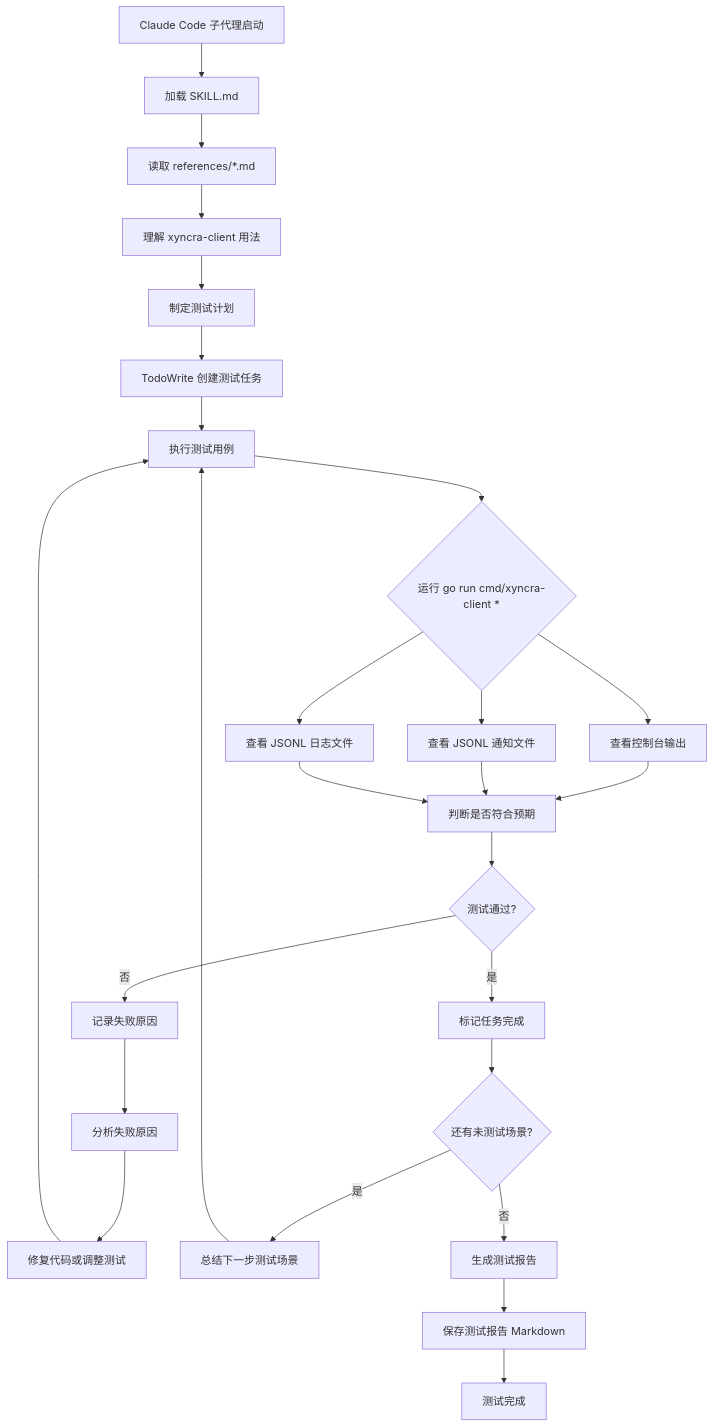
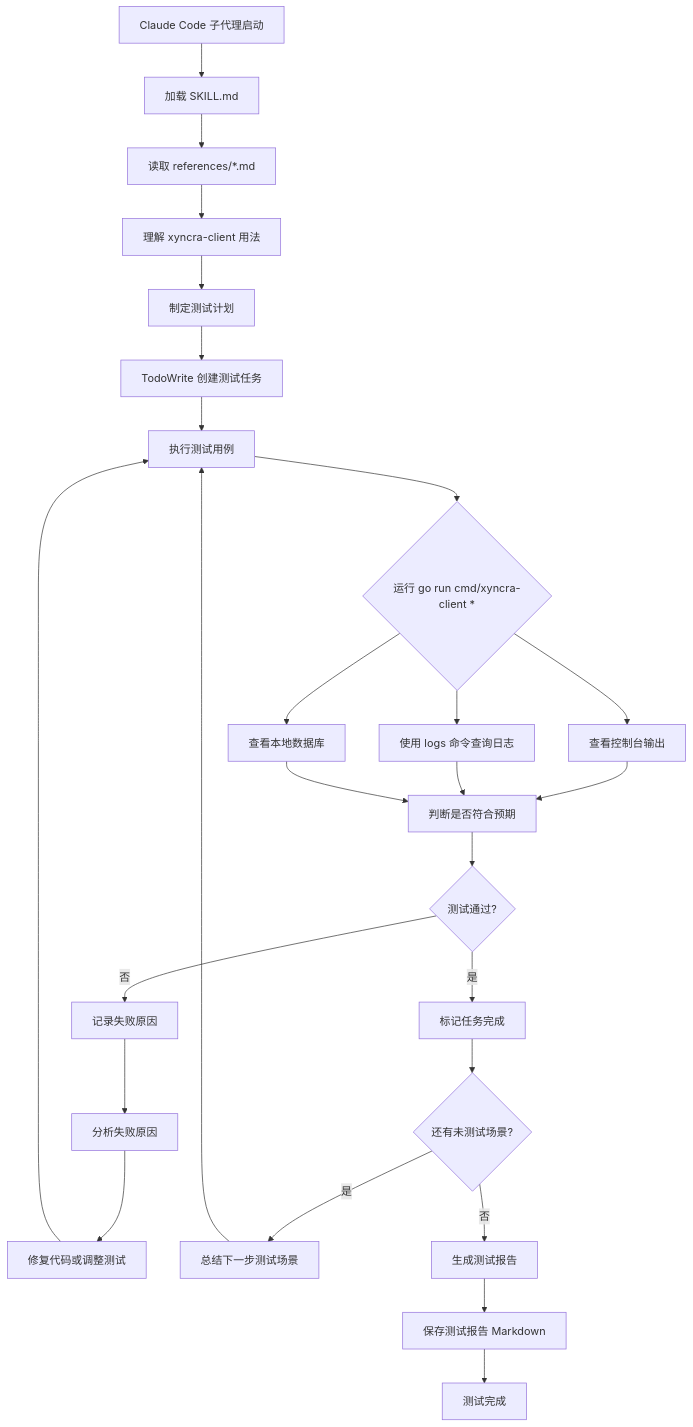
One commit to PineappleBond/xyncra-server changed the sixth of 6 diagrams in docs/plans/2026-07-08-xyncra-client-design.md. Above: the diagram before and after it, drawn with Mermaid. The commit also changed other lines of this file, not shown here.

````diff
--- a/docs/plans/2026-07-08-xyncra-client-design.md
+++ b/docs/plans/2026-07-08-xyncra-client-design.md
@@ -1154,32 +1155,32 @@
 ```mermaid
 flowchart TD
     A[Claude Code 子代理启动] --> B[加载 SKILL.md]
     B --> C[读取 references/*.md]
     C --> D[理解 xyncra-client 用法]
     D --> E[制定测试计划]
     E --> F[TodoWrite 创建测试任务]
     
     F --> G[执行测试用例]
     G --> H{运行 go run cmd/xyncra-client *}
     H --> I[查看控制台输出]
-    H --> J[查看 JSONL 通知文件]
-    H --> K[查看 JSONL 日志文件]
+    H --> J[使用 logs 命令查询日志]
+    H --> K[查看本地数据库]
     
     I --> L[判断是否符合预期]
     J --> L
     K --> L
     
     L --> M{测试通过?}
     M -->|是| N[标记任务完成]
     M -->|否| O[记录失败原因]
     O --> P[分析失败原因]
     P --> Q[修复代码或调整测试]
     Q --> G
     
     N --> R{还有未测试场景?}
     R -->|是| S[总结下一步测试场景]
     S --> G
     R -->|否| T[生成测试报告]
     T --> U[保存测试报告 Markdown]
     U --> V[测试完成]
 ```
````
